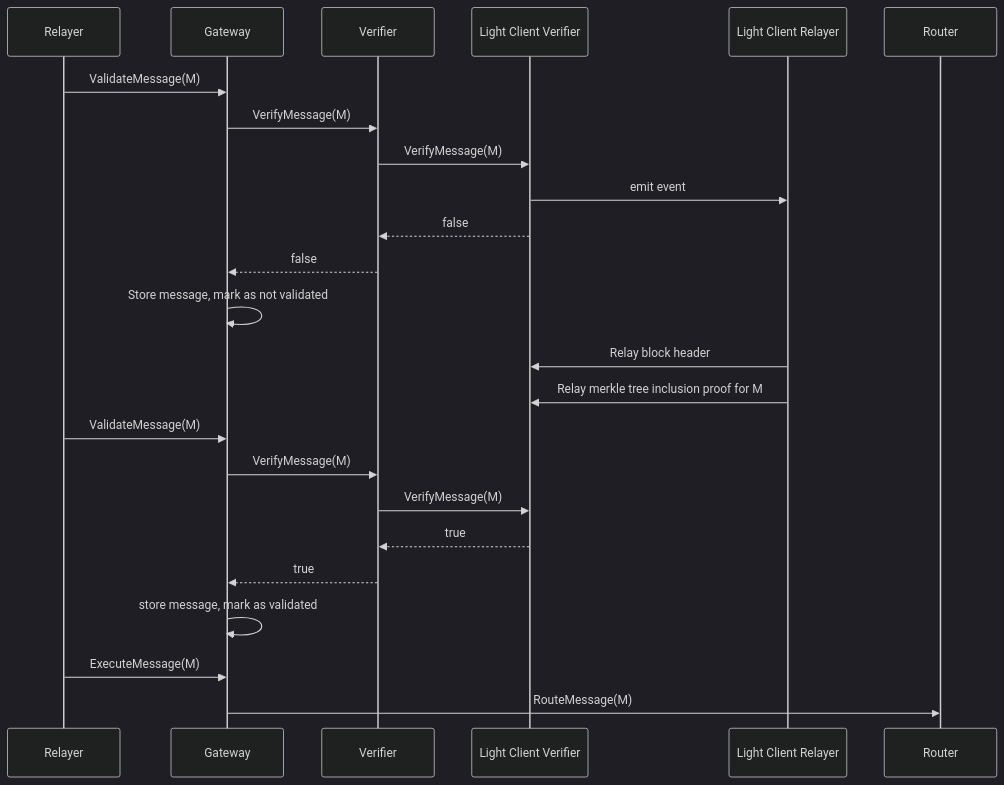
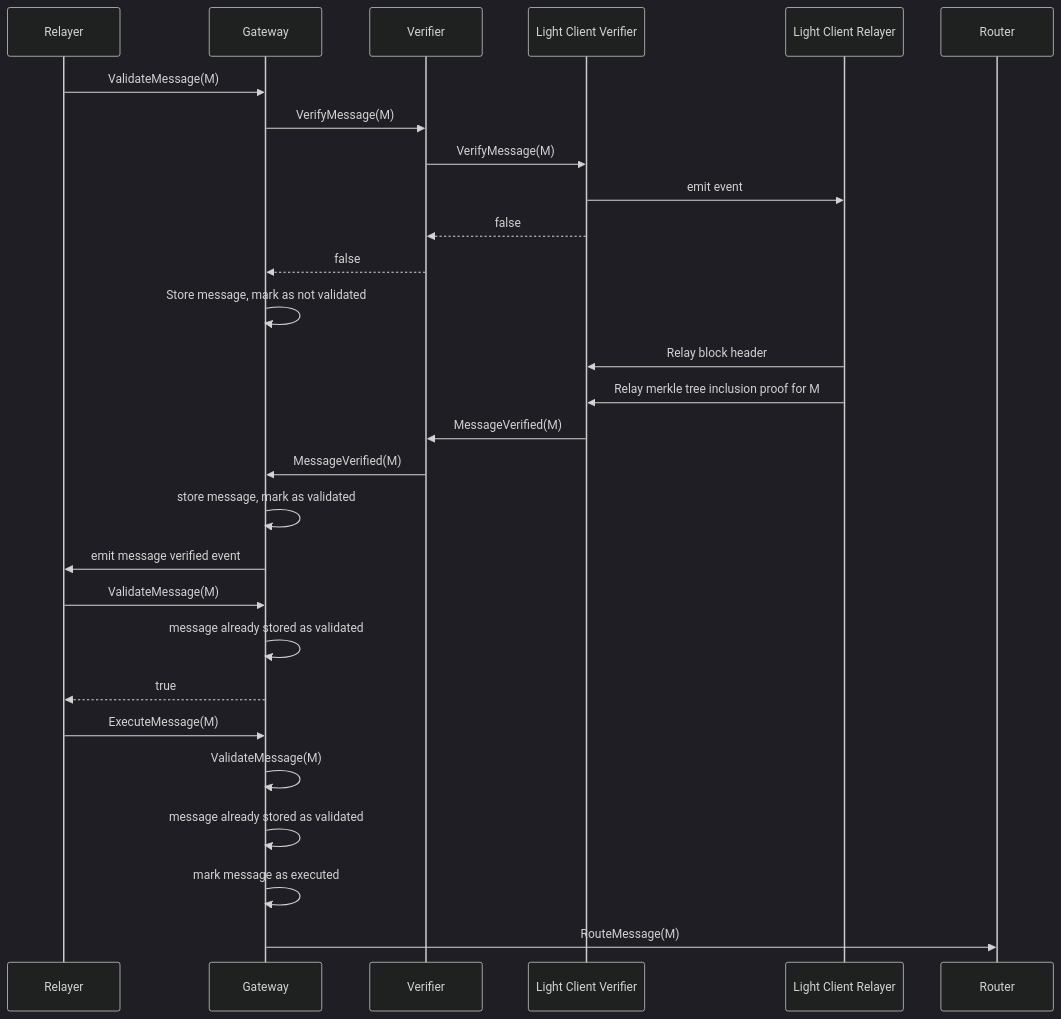
Before and after one commit to axelarnetwork/axelar-amplifier: the tenth of 18 diagrams in README.md, drawn with Mermaid (dark theme). The commit also changed other lines of this file, not shown here.

````diff
--- a/README.md
+++ b/README.md
@@ -340,31 +310,36 @@
 ```mermaid
 sequenceDiagram
     participant Relayer
     participant Gateway
     participant Verifier
     participant Light Client Verifier
     participant Light Client Relayer
     participant Router
 
 
     Relayer->>Gateway: ValidateMessage(M)
     Gateway->>Verifier: VerifyMessage(M)
     Verifier->>Light Client Verifier: VerifyMessage(M)
     Light Client Verifier->>Light Client Relayer: emit event
     Light Client Verifier-->>Verifier: false
     Verifier-->>Gateway: false
     Gateway->>Gateway: Store message, mark as not validated
 
     Light Client Relayer->>Light Client Verifier: Relay block header
     Light Client Relayer->>Light Client Verifier: Relay merkle tree inclusion proof for M
 
+    Light Client Verifier->>Verifier: MessageVerified(M)
+    Verifier->>Gateway: MessageVerified(M)
+    Gateway->>Gateway: store message, mark as validated
+    Gateway->>Relayer: emit message verified event
+
     Relayer->>Gateway: ValidateMessage(M)
-    Gateway->>Verifier: VerifyMessage(M)
-    Verifier->>Light Client Verifier: VerifyMessage(M)
-    Light Client Verifier-->>Verifier: true
-    Verifier-->>Gateway: true
-    Gateway->>Gateway: store message, mark as validated
+    Gateway->>Gateway: message already stored as validated
+    Gateway-->>Relayer: true
 
     Relayer->>Gateway: ExecuteMessage(M)
+    Gateway->>Gateway: ValidateMessage(M)
+    Gateway->>Gateway: message already stored as validated
+    Gateway->>Gateway: mark message as executed
     Gateway->>Router: RouteMessage(M)
 ```
````
